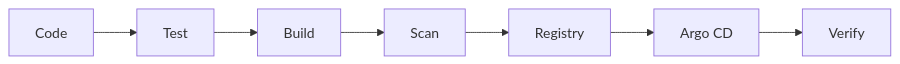
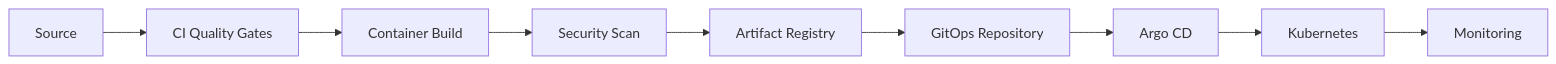
The diagram in README.md (GacheruIan/GacheruIan), drawn with Mermaid before and after one commit. The commit also changed other lines of this file, not shown here.

````diff
--- a/README.md
+++ b/README.md
@@ -37,9 +33,11 @@
 ```mermaid
 flowchart LR
-    A[Code] --> B[Test]
-    B --> C[Build]
-    C --> D[Scan]
-    D --> E[Registry]
-    E --> F[Argo CD]
-    F --> G[Verify]
+    A[Source] --> B[CI Quality Gates]
+    B --> C[Container Build]
+    C --> D[Security Scan]
+    D --> E[Artifact Registry]
+    E --> F[GitOps Repository]
+    F --> G[Argo CD]
+    G --> H[Kubernetes]
+    H --> I[Monitoring]
 ```
````
